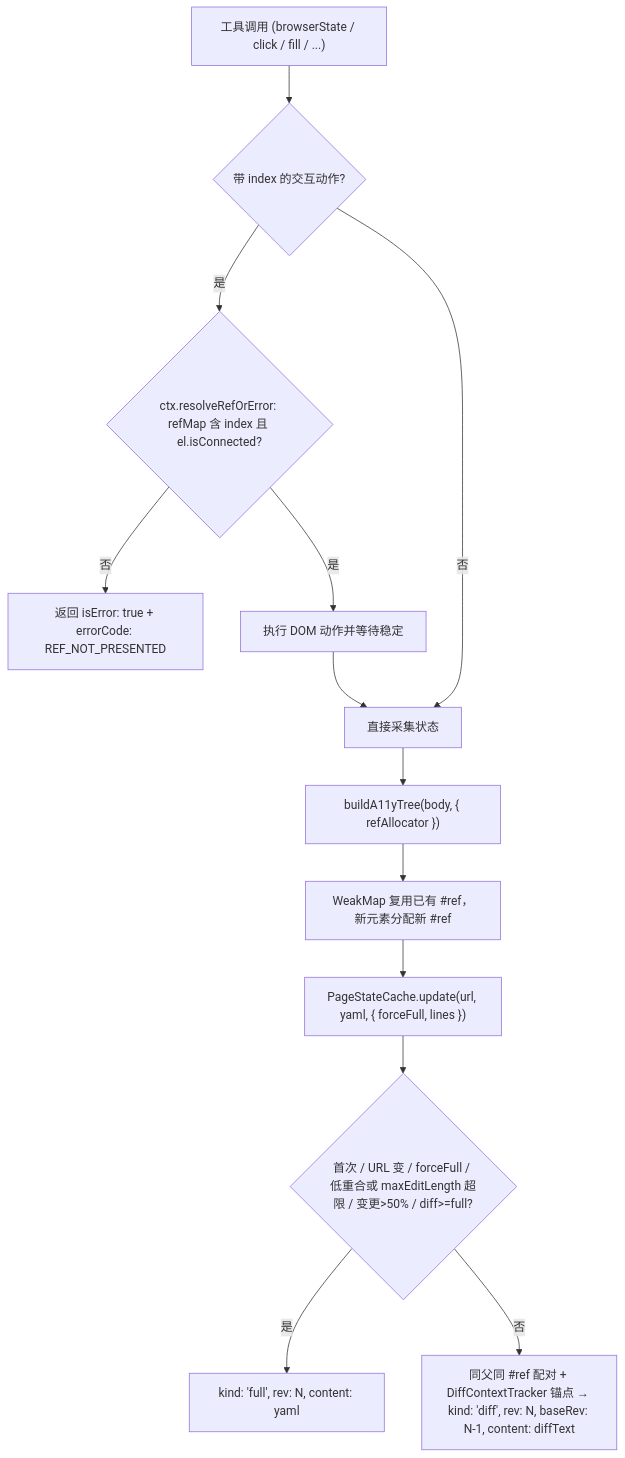
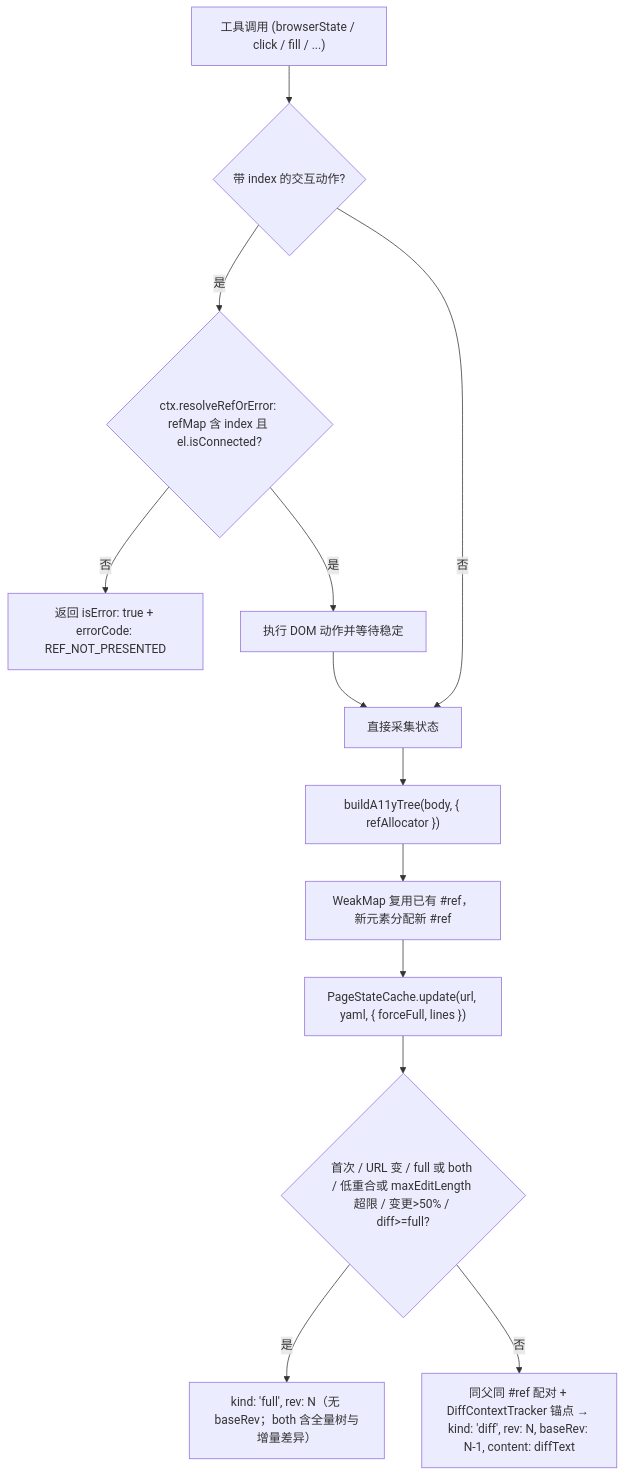
Before and after one commit to opentiny/webmcp-sdk: the diagram in packages/next-sdk/specs/REQ-20261123-stable-ref-diff/design.md, drawn with Mermaid. The commit also changed other lines of this file and 10 other files, not shown here.

Commit message:
fix(next-sdk): 还原同名无 ref 父节点间带子树跨父移动并统一 both 模式 kind 语义

````diff
--- a/packages/next-sdk/specs/REQ-20261123-stable-ref-diff/design.md
+++ b/packages/next-sdk/specs/REQ-20261123-stable-ref-diff/design.md
@@ -147,15 +149,15 @@
 ```mermaid
 flowchart TD
   A["工具调用 (browserState / click / fill / ...)"] --> B{"带 index 的交互动作?"}
   B -->|是| C{"ctx.resolveRefOrError: refMap 含 index 且 el.isConnected?"}
   C -->|否| D["返回 isError: true + errorCode: REF_NOT_PRESENTED"]
   C -->|是| E["执行 DOM 动作并等待稳定"]
   B -->|否| F["直接采集状态"]
   E --> F
   F --> G["buildA11yTree(body, { refAllocator })"]
   G --> H["WeakMap 复用已有 #ref，新元素分配新 #ref"]
   H --> I["PageStateCache.update(url, yaml, { forceFull, lines })"]
-  I --> J{"首次 / URL 变 / forceFull / 低重合或 maxEditLength 超限 / 变更>50% / diff>=full?"}
-  J -->|是| K["kind: 'full', rev: N, content: yaml"]
+  I --> J{"首次 / URL 变 / full 或 both / 低重合或 maxEditLength 超限 / 变更>50% / diff>=full?"}
+  J -->|是| K["kind: 'full', rev: N（无 baseRev；both 含全量树与增量差异）"]
   J -->|否| L["同父同 #ref 配对 + DiffContextTracker 锚点 → kind: 'diff', rev: N, baseRev: N-1, content: diffText"]
 ```
````
